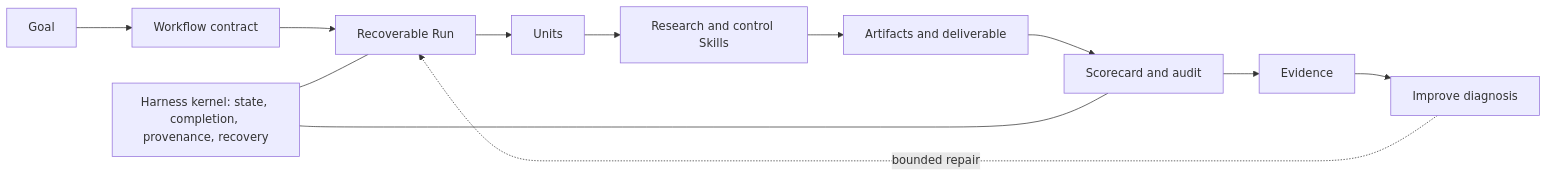
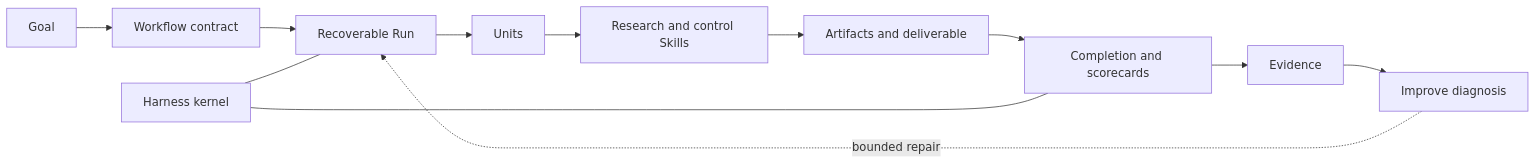
Before and after one commit to WILLOSCAR/research-units-pipeline-skills: the diagram in README.md, drawn with Mermaid. The commit also changed other lines of this file and 126 other files, not shown here.

````diff
--- a/README.md
+++ b/README.md
@@ -139,15 +79,15 @@
 ```mermaid
 flowchart LR
     G["Goal"] --> W["Workflow contract"]
     W --> R["Recoverable Run"]
     R --> U["Units"]
     U --> S["Research and control Skills"]
     S --> A["Artifacts and deliverable"]
-    A --> Q["Scorecard and audit"]
-    Q --> E["Evidence"]
+    A --> C["Completion and scorecards"]
+    C --> E["Evidence"]
     E --> I["Improve diagnosis"]
     I -. "bounded repair" .-> R
 
-    H["Harness kernel: state, completion, provenance, recovery"] --- R
-    H --- Q
+    H["Harness kernel"] --- R
+    H --- C
 ```
````
